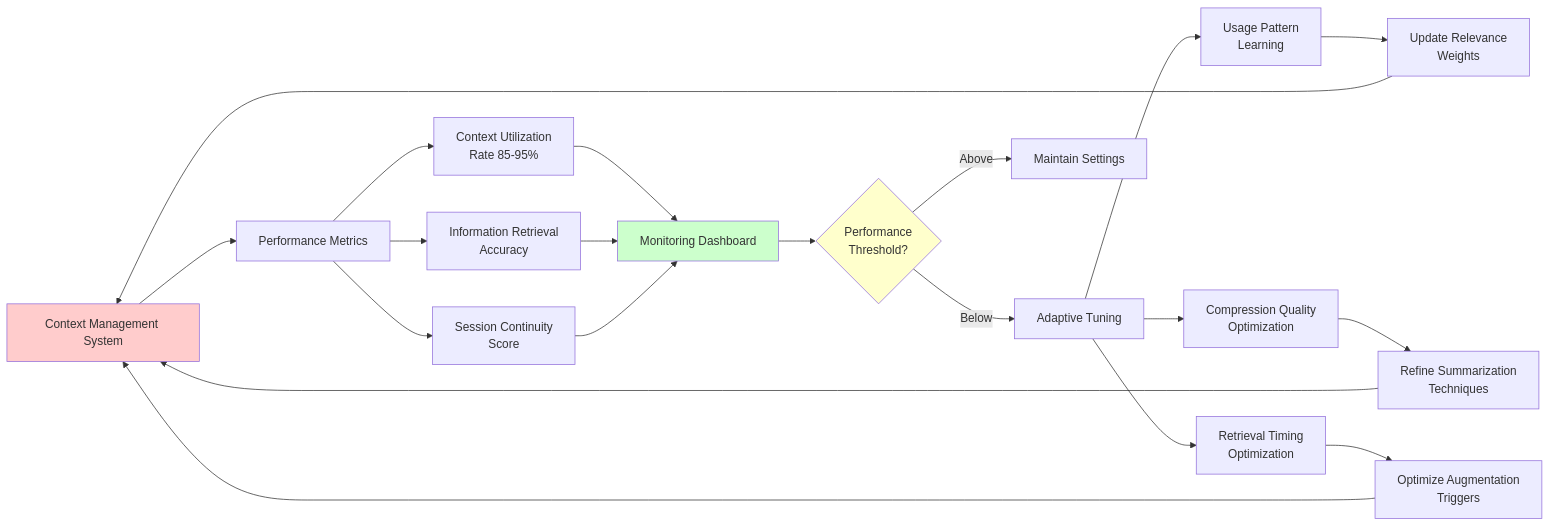
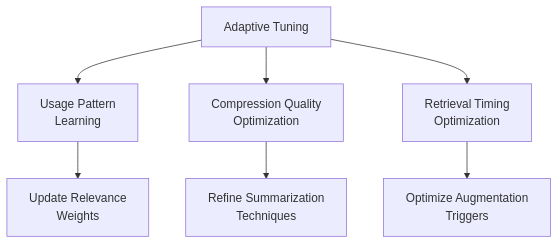
Before and after one commit to raphaelmansuy/digital_palace: diagram 17 of 17 in reference/technical-articles/2025-06-29-context-management-llm-agents.md, drawn with Mermaid. The commit also changed other lines of this file, not shown here.

Commit message:
feat: enhance context management framework with additional Mermaid diagrams for improved clarity and structure

````diff
--- a/reference/technical-articles/2025-06-29-context-management-llm-agents.md
+++ b/reference/technical-articles/2025-06-29-context-management-llm-agents.md
@@ -722,32 +817,10 @@
 ```mermaid
-flowchart LR
-    A[Context Management System] --> B[Performance Metrics]
+flowchart TD
+    A[Adaptive Tuning] --> B[Usage Pattern<br/>Learning]
+    A --> C[Compression Quality<br/>Optimization]
+    A --> D[Retrieval Timing<br/>Optimization]
     
-    B --> C[Context Utilization<br/>Rate 85-95%]
-    B --> D[Information Retrieval<br/>Accuracy]
-    B --> E[Session Continuity<br/>Score]
-    
-    C --> F[Monitoring Dashboard]
-    D --> F
-    E --> F
-    
-    F --> G{Performance<br/>Threshold?}
-    G -->|Below| H[Adaptive Tuning]
-    G -->|Above| I[Maintain Settings]
-    
-    H --> J[Usage Pattern<br/>Learning]
-    H --> K[Compression Quality<br/>Optimization]
-    H --> L[Retrieval Timing<br/>Optimization]
-    
-    J --> M[Update Relevance<br/>Weights]
-    K --> N[Refine Summarization<br/>Techniques]
-    L --> O[Optimize Augmentation<br/>Triggers]
-    
-    M --> A
-    N --> A
-    O --> A
-    
-    style F fill:#ccffcc
-    style G fill:#ffffcc
-    style A fill:#ffcccc
+    B --> E[Update Relevance<br/>Weights]
+    C --> F[Refine Summarization<br/>Techniques]
+    D --> G[Optimize Augmentation<br/>Triggers]
 ```
````
